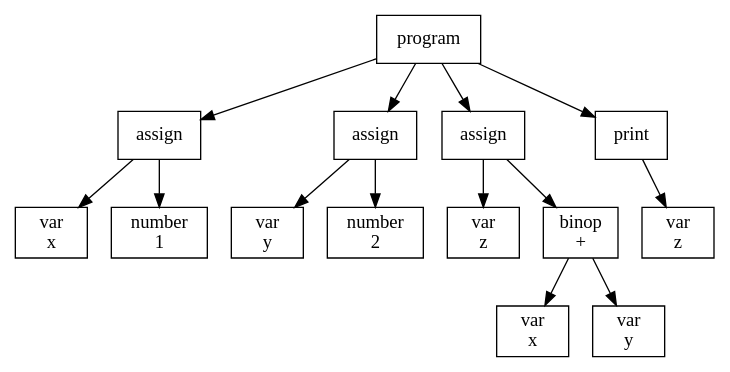
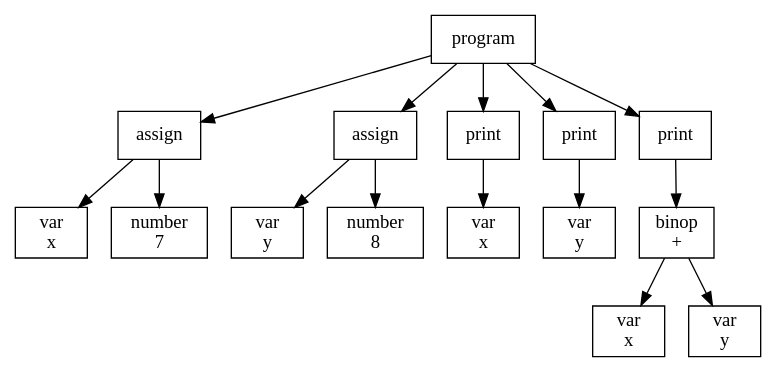
One commit to GiovaniFetzner/LexicalAnalyser changed the diagram in ast.dot. Above: the diagram before and after it, drawn with Graphviz. The commit also changed 12 other files, not shown here.

```diff
--- a/ast.dot
+++ b/ast.dot
@@ -1,30 +1,32 @@
 digraph AST {
 node [shape=box];
-"02c3110b-c78f-4658-b626-6a6367c4ac93" [label="program"];
-"02c3110b-c78f-4658-b626-6a6367c4ac93" -> "0b149a9b-7563-43a0-946b-35e65f4a1b88";
-"0b149a9b-7563-43a0-946b-35e65f4a1b88" [label="assign"];
-"0b149a9b-7563-43a0-946b-35e65f4a1b88" -> "04c4c186-2deb-4295-a2f5-cf6ab54d38d2";
-"04c4c186-2deb-4295-a2f5-cf6ab54d38d2" [label="var\nx"];
-"0b149a9b-7563-43a0-946b-35e65f4a1b88" -> "9a8c44b2-e391-4834-a3a1-b10283b0aacd";
-"9a8c44b2-e391-4834-a3a1-b10283b0aacd" [label="number\n1"];
-"02c3110b-c78f-4658-b626-6a6367c4ac93" -> "f26b07da-9848-45ba-b26b-d8c9dfffb81a";
-"f26b07da-9848-45ba-b26b-d8c9dfffb81a" [label="assign"];
-"f26b07da-9848-45ba-b26b-d8c9dfffb81a" -> "f3f54a67-6fa1-48aa-8729-1bb422db9746";
-"f3f54a67-6fa1-48aa-8729-1bb422db9746" [label="var\ny"];
-"f26b07da-9848-45ba-b26b-d8c9dfffb81a" -> "7a658627-e877-43ca-b00c-5baac634b0ad";
-"7a658627-e877-43ca-b00c-5baac634b0ad" [label="number\n2"];
-"02c3110b-c78f-4658-b626-6a6367c4ac93" -> "0f7b9cdf-4b61-4926-9912-a861ac6b4d97";
-"0f7b9cdf-4b61-4926-9912-a861ac6b4d97" [label="assign"];
-"0f7b9cdf-4b61-4926-9912-a861ac6b4d97" -> "90460804-8133-4e0e-b452-c40758a239bd";
-"90460804-8133-4e0e-b452-c40758a239bd" [label="var\nz"];
-"0f7b9cdf-4b61-4926-9912-a861ac6b4d97" -> "1abf0f77-3bda-45e0-be43-eb7573cc91e7";
-"1abf0f77-3bda-45e0-be43-eb7573cc91e7" [label="binop\n+"];
-"1abf0f77-3bda-45e0-be43-eb7573cc91e7" -> "276bf3eb-b32d-4114-a37e-47b1af54a758";
-"276bf3eb-b32d-4114-a37e-47b1af54a758" [label="var\nx"];
-"1abf0f77-3bda-45e0-be43-eb7573cc91e7" -> "ec5bc01f-8f5c-47c8-8569-eb800a1efc5e";
-"ec5bc01f-8f5c-47c8-8569-eb800a1efc5e" [label="var\ny"];
-"02c3110b-c78f-4658-b626-6a6367c4ac93" -> "9e8e1f74-2bf1-4fa4-9f78-9a7ff7fd5843";
-"9e8e1f74-2bf1-4fa4-9f78-9a7ff7fd5843" [label="print"];
-"9e8e1f74-2bf1-4fa4-9f78-9a7ff7fd5843" -> "b478e0ed-bf58-4de0-afcb-21c66410c8f9";
-"b478e0ed-bf58-4de0-afcb-21c66410c8f9" [label="var\nz"];
+"1f712afb-16ea-4618-9238-3aa09e3df9a6" [label="program"];
+"1f712afb-16ea-4618-9238-3aa09e3df9a6" -> "1cbfb161-94a1-4671-b9c4-229d6c1a26bc";
+"1cbfb161-94a1-4671-b9c4-229d6c1a26bc" [label="assign"];
+"1cbfb161-94a1-4671-b9c4-229d6c1a26bc" -> "cb73bbaf-0354-4e56-b8b8-03b20d6f9dc2";
+"cb73bbaf-0354-4e56-b8b8-03b20d6f9dc2" [label="var\nx"];
+"1cbfb161-94a1-4671-b9c4-229d6c1a26bc" -> "98f40520-6ead-4615-9c3f-af5cc2535ecc";
+"98f40520-6ead-4615-9c3f-af5cc2535ecc" [label="number\n7"];
+"1f712afb-16ea-4618-9238-3aa09e3df9a6" -> "62088736-f510-4a00-93dd-2560af9f14dc";
+"62088736-f510-4a00-93dd-2560af9f14dc" [label="assign"];
+"62088736-f510-4a00-93dd-2560af9f14dc" -> "3539177b-6b02-4226-a6d3-54c7eba28efb";
+"3539177b-6b02-4226-a6d3-54c7eba28efb" [label="var\ny"];
+"62088736-f510-4a00-93dd-2560af9f14dc" -> "a2d470ac-7e0a-4d49-9c43-5b4d8be03dc3";
+"a2d470ac-7e0a-4d49-9c43-5b4d8be03dc3" [label="number\n8"];
+"1f712afb-16ea-4618-9238-3aa09e3df9a6" -> "5ad0fa77-777d-431e-8d00-c014cb950832";
+"5ad0fa77-777d-431e-8d00-c014cb950832" [label="print"];
+"5ad0fa77-777d-431e-8d00-c014cb950832" -> "83a5c619-2ea9-4d40-9c88-2af5c7ec83b5";
+"83a5c619-2ea9-4d40-9c88-2af5c7ec83b5" [label="var\nx"];
+"1f712afb-16ea-4618-9238-3aa09e3df9a6" -> "fae9040c-52ae-44d7-9de4-4290b8c37ccf";
+"fae9040c-52ae-44d7-9de4-4290b8c37ccf" [label="print"];
+"fae9040c-52ae-44d7-9de4-4290b8c37ccf" -> "2e80165a-2e4f-42ac-b49c-e4de20521a23";
+"2e80165a-2e4f-42ac-b49c-e4de20521a23" [label="var\ny"];
+"1f712afb-16ea-4618-9238-3aa09e3df9a6" -> "1d28ebc2-af04-4359-861b-47a6303e949e";
+"1d28ebc2-af04-4359-861b-47a6303e949e" [label="print"];
+"1d28ebc2-af04-4359-861b-47a6303e949e" -> "cabbf894-069e-43a1-a3ab-6bcfe66d4e1d";
+"cabbf894-069e-43a1-a3ab-6bcfe66d4e1d" [label="binop\n+"];
+"cabbf894-069e-43a1-a3ab-6bcfe66d4e1d" -> "e4b5d198-caab-4c9c-afff-b90648b93f45";
+"e4b5d198-caab-4c9c-afff-b90648b93f45" [label="var\nx"];
+"cabbf894-069e-43a1-a3ab-6bcfe66d4e1d" -> "9cd8d1da-e719-4faa-a5d0-ffbbe5a413aa";
+"9cd8d1da-e719-4faa-a5d0-ffbbe5a413aa" [label="var\ny"];
 }
```
